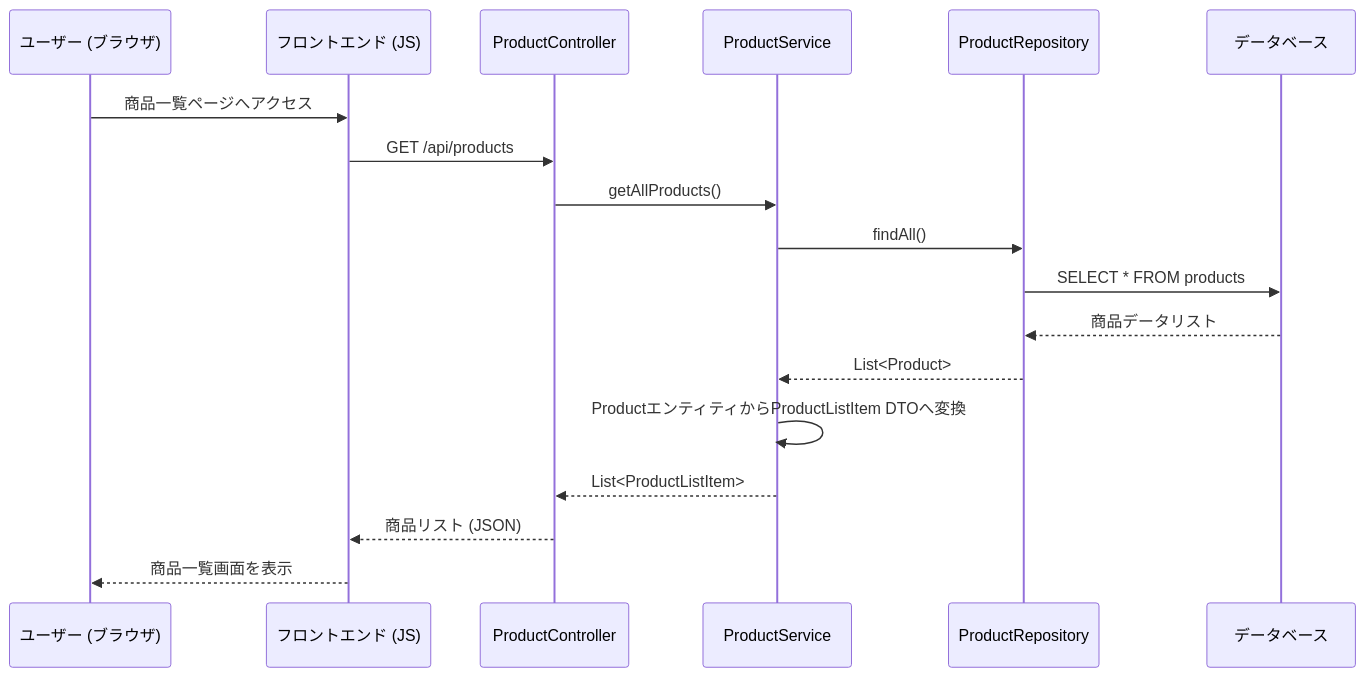
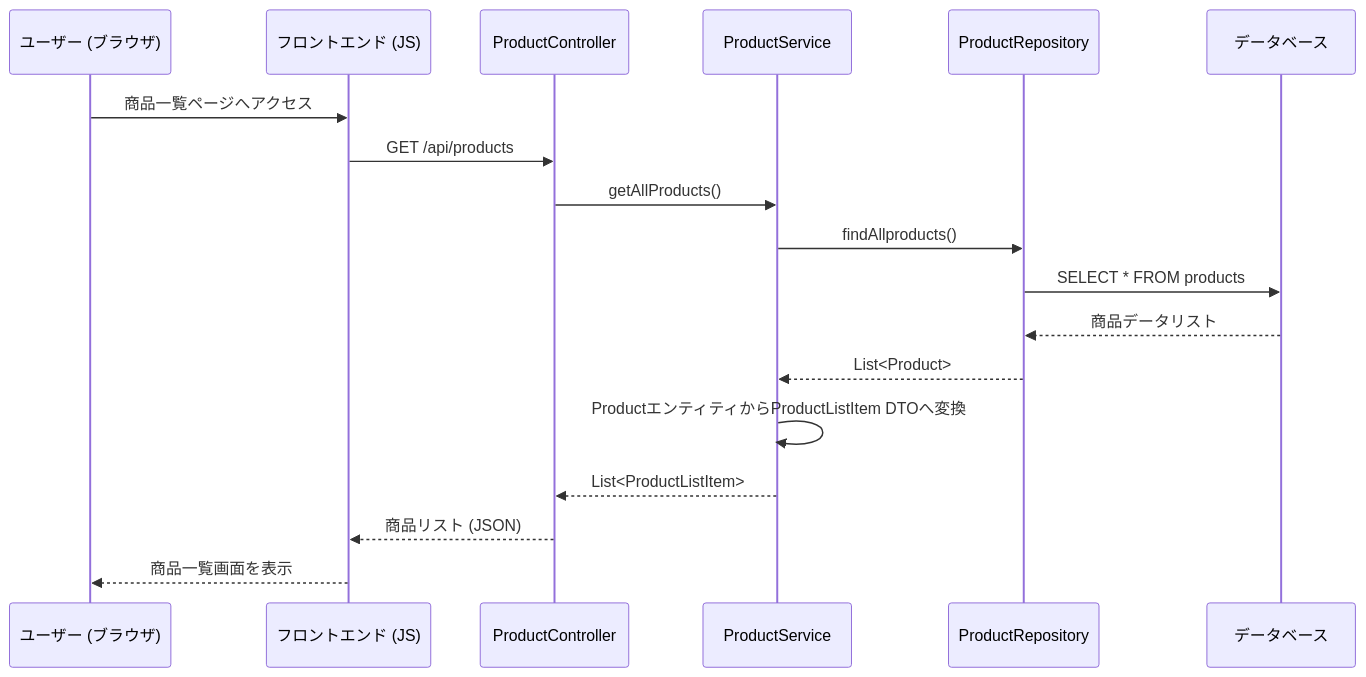
Before and after one commit to Hinako-Kimura127/neko: the first of 12 diagrams in 詳細設計/詳細設計.md, drawn with Mermaid. The commit also changed other lines of this file, not shown here.

```diff
--- a/詳細設計/詳細設計.md
+++ b/詳細設計/詳細設計.md
@@ -95,21 +95,21 @@
 <div class="mermaid">
 sequenceDiagram
     participant User as ユーザー (ブラウザ)
     participant FE as フロントエンド (JS)
     participant ProductController
     participant ProductService
     participant ProductRepository
     participant DB as データベース　　　
  
     User->>FE: 商品一覧ページへアクセス
     FE->>ProductController: GET /api/products
     ProductController->>ProductService: getAllProducts()
-    ProductService->>ProductRepository: findAll()
+    ProductService->>ProductRepository: findAllproducts()
     ProductRepository->>DB: SELECT * FROM products
     DB-->>ProductRepository: 商品データリスト
     ProductRepository-->>ProductService: List<Product>
     ProductService->>ProductService: ProductエンティティからProductListItem DTOへ変換
     ProductService-->>ProductController: List<ProductListItem>
     ProductController-->>FE: 商品リスト (JSON)
     FE-->>User: 商品一覧画面を表示
 </div>
```
